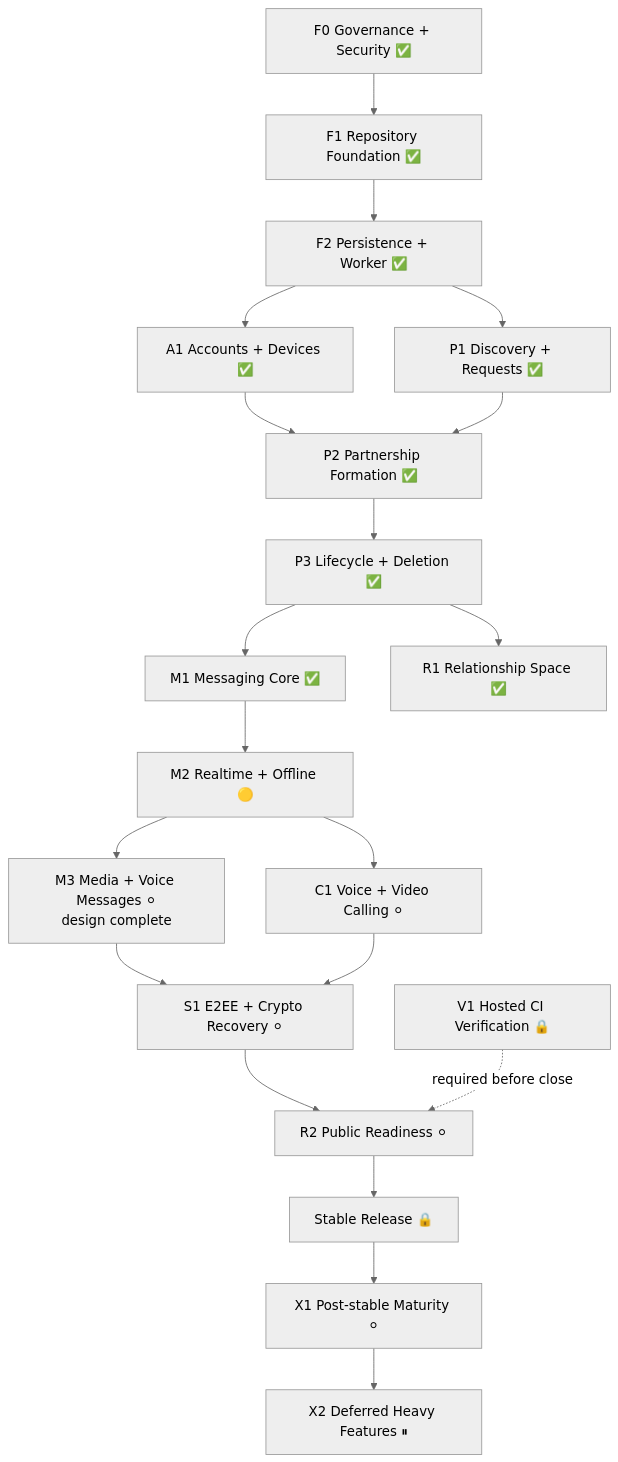
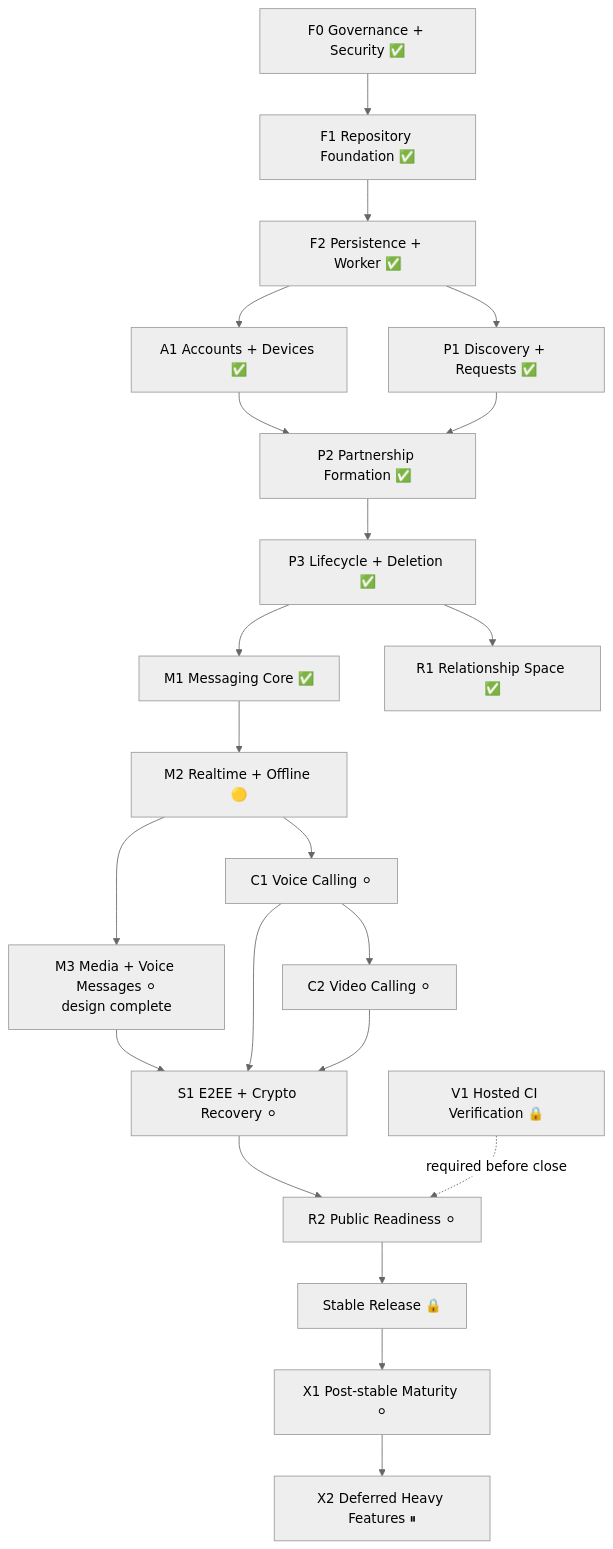
One commit to ekamal22/shawtie-pls-app changed the diagram in docs/EXECUTION_GRAPH.md. Above: the diagram before and after it, drawn with Mermaid (neutral theme). The commit also changed other lines of this file, not shown here.

Commit message:
docs: split calling in execution graph [skip ci]

```diff
--- a/docs/EXECUTION_GRAPH.md
+++ b/docs/EXECUTION_GRAPH.md
@@ -85,31 +87,33 @@
 ~~~mermaid
 flowchart TD
     F0["F0 Governance + Security ✅"] --> F1["F1 Repository Foundation ✅"]
     F1 --> F2["F2 Persistence + Worker ✅"]
 
     F2 --> A1["A1 Accounts + Devices ✅"]
     F2 --> P1["P1 Discovery + Requests ✅"]
 
     A1 --> P2["P2 Partnership Formation ✅"]
     P1 --> P2
 
     P2 --> P3["P3 Lifecycle + Deletion ✅"]
 
     P3 --> M1["M1 Messaging Core ✅"]
     P3 --> R1["R1 Relationship Space ✅"]
 
     M1 --> M2["M2 Realtime + Offline 🟡"]
 
     M2 --> M3["M3 Media + Voice Messages ⚪\ndesign complete"]
-    M2 --> C1["C1 Voice + Video Calling ⚪"]
+    M2 --> C1["C1 Voice Calling ⚪"]
+    C1 --> C2["C2 Video Calling ⚪"]
 
     M3 --> S1["S1 E2EE + Crypto Recovery ⚪"]
     C1 --> S1
+    C2 --> S1
 
     S1 --> R2["R2 Public Readiness ⚪"]
     V1["V1 Hosted CI Verification 🔒"] -. required before close .-> R2
 
     R2 --> RELEASE["Stable Release 🔒"]
     RELEASE --> X1["X1 Post-stable Maturity ⚪"]
     X1 --> X2["X2 Deferred Heavy Features ⏸"]
 ~~~
```
